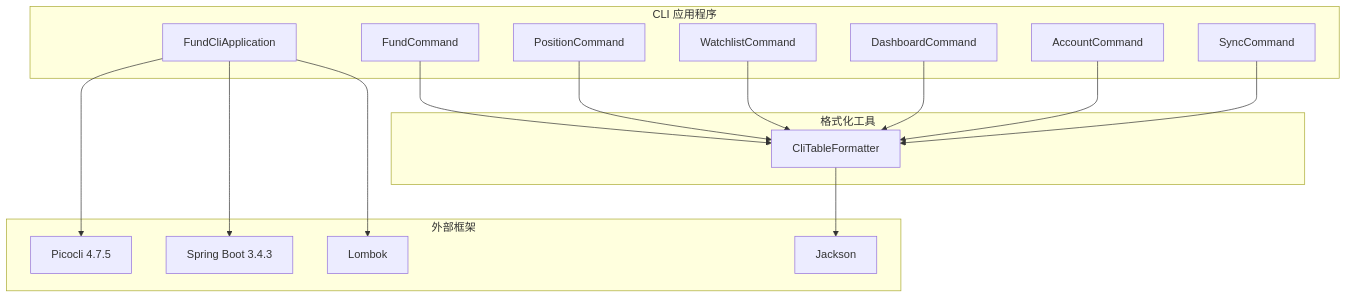
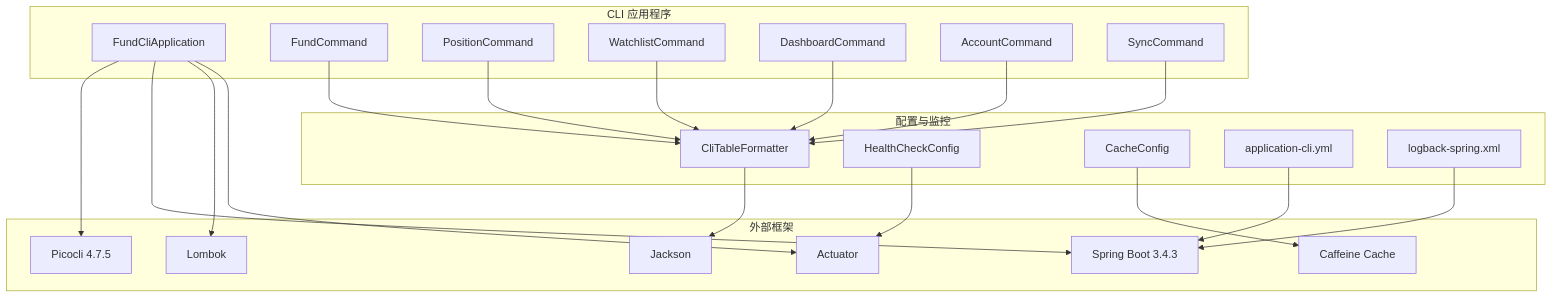
Before and after one commit to gree-coder/fund-butler: the eighth of 9 diagrams in .qoder/repowiki/zh/content/核心功能开发/命令行界面.md, drawn with Mermaid. The commit also changed other lines of this file and 4 other files, not shown here.

````diff
--- a/.qoder/repowiki/zh/content/核心功能开发/命令行界面.md
+++ b/.qoder/repowiki/zh/content/核心功能开发/命令行界面.md
@@ -419,31 +462,42 @@
 ```mermaid
 graph TB
 subgraph "CLI 应用程序"
 A[FundCliApplication]
 B[FundCommand]
 C[PositionCommand]
 D[WatchlistCommand]
 E[DashboardCommand]
 F[AccountCommand]
 G[SyncCommand]
 end
-subgraph "格式化工具"
+subgraph "配置与监控"
 H[CliTableFormatter]
+I[HealthCheckConfig]
+J[CacheConfig]
+K[application-cli.yml]
+L[logback-spring.xml]
 end
 subgraph "外部框架"
-I[Picocli 4.7.5]
-J[Spring Boot 3.4.3]
-K[Lombok]
-L[Jackson]
+M[Picocli 4.7.5]
+N[Spring Boot 3.4.3]
+O[Lombok]
+P[Jackson]
+Q[Actuator]
+R[Caffeine Cache]
 end
-A --> I
-A --> J
-A --> K
+A --> M
+A --> N
+A --> O
+A --> Q
 B --> H
 C --> H
 D --> H
 E --> H
 F --> H
 G --> H
-H --> L
+H --> P
+I --> Q
+J --> R
+K --> N
+L --> N
 ```
````
